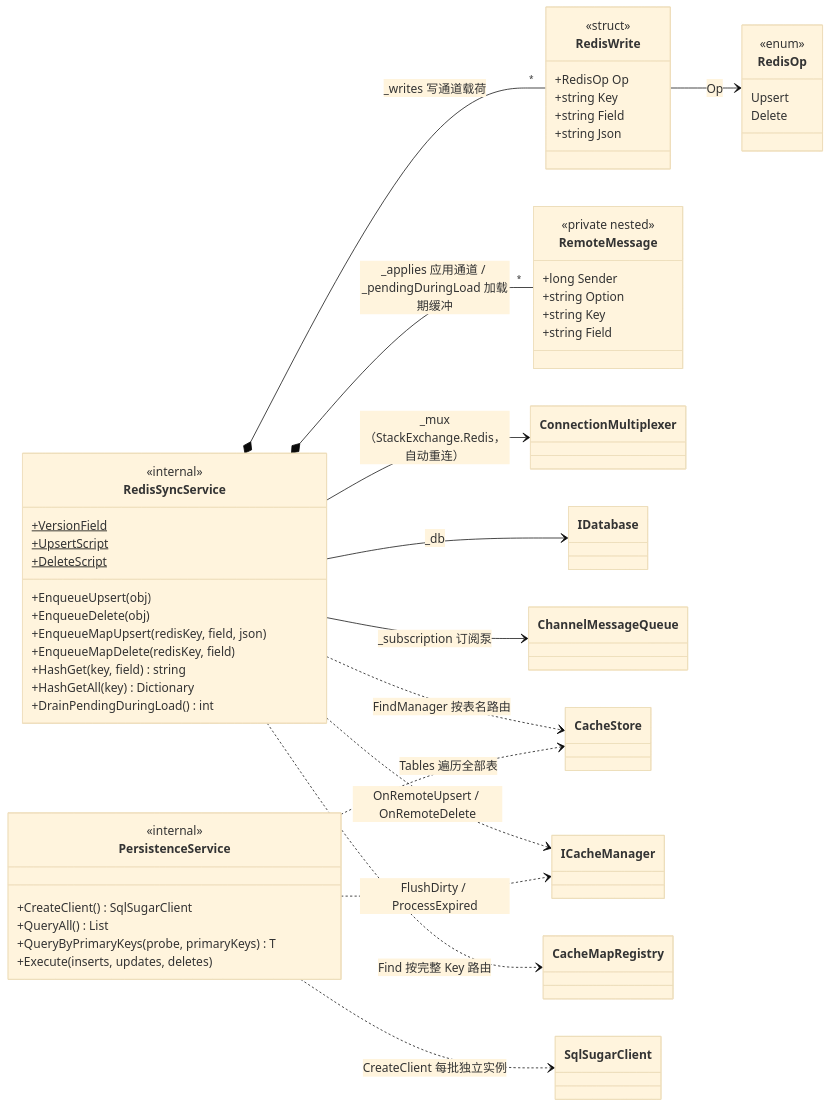
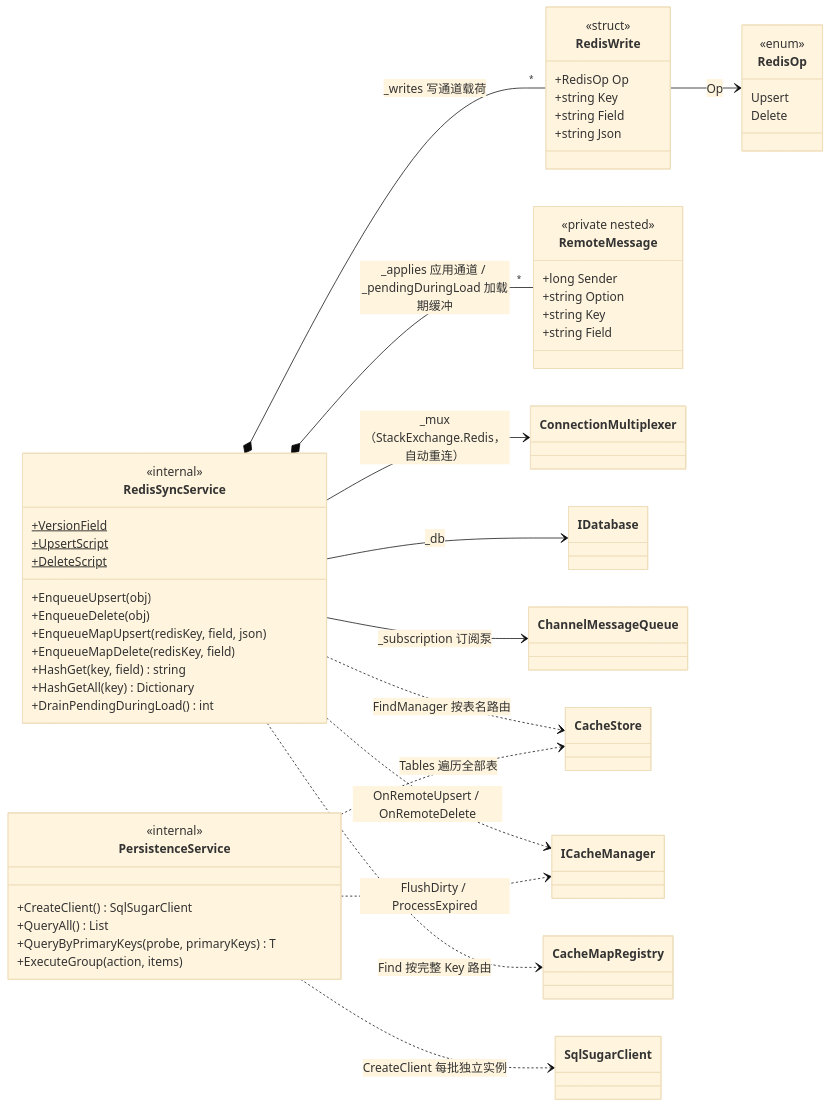
The fourth of 10 diagrams in ARCHITECTURE.md (HUHANK/MRedisCache), drawn with Mermaid (base theme) before and after one commit. The commit also changed other lines of this file and 5 other files, not shown here.

````diff
--- a/ARCHITECTURE.md
+++ b/ARCHITECTURE.md
@@ -293,61 +293,61 @@
 ```mermaid
 classDiagram
     direction LR
 
     class RedisSyncService {
         <<internal>>
         +VersionField$
         +UpsertScript$
         +DeleteScript$
         +EnqueueUpsert(obj)
         +EnqueueDelete(obj)
         +EnqueueMapUpsert(redisKey, field, json)
         +EnqueueMapDelete(redisKey, field)
         +HashGet(key, field) string
         +HashGetAll(key) Dictionary
         +DrainPendingDuringLoad() int
     }
 
     class RedisWrite {
         <<struct>>
         +RedisOp Op
         +string Key
         +string Field
         +string Json
     }
 
     class RedisOp {
         <<enum>>
         Upsert
         Delete
     }
 
     class RemoteMessage {
         <<private nested>>
         +long Sender
         +string Option
         +string Key
         +string Field
     }
 
     class PersistenceService {
         <<internal>>
         +CreateClient() SqlSugarClient
         +QueryAll() List
         +QueryByPrimaryKeys(probe, primaryKeys) T
-        +Execute(inserts, updates, deletes)
+        +ExecuteGroup(action, items)
     }
 
     RedisWrite --> RedisOp : Op
     RedisSyncService *-- "*" RedisWrite : _writes 写通道载荷
     RedisSyncService *-- "*" RemoteMessage : _applies 应用通道 / _pendingDuringLoad 加载期缓冲
     RedisSyncService --> ConnectionMultiplexer : _mux（StackExchange.Redis，自动重连）
     RedisSyncService --> IDatabase : _db
     RedisSyncService --> ChannelMessageQueue : _subscription 订阅泵
     RedisSyncService ..> CacheStore : FindManager 按表名路由
     RedisSyncService ..> ICacheManager : OnRemoteUpsert / OnRemoteDelete
     RedisSyncService ..> CacheMapRegistry : Find 按完整 Key 路由
     PersistenceService ..> CacheStore : Tables 遍历全部表
     PersistenceService ..> ICacheManager : FlushDirty / ProcessExpired
     PersistenceService ..> SqlSugarClient : CreateClient 每批独立实例
 ```
````
